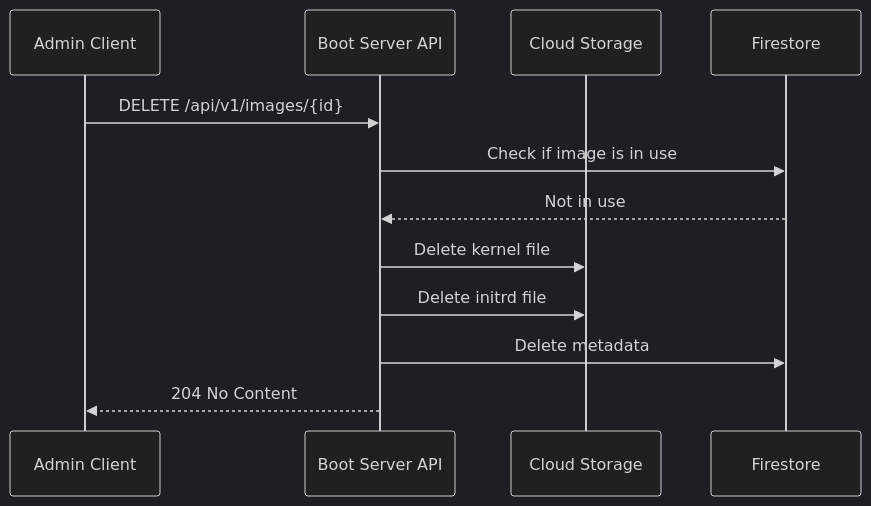
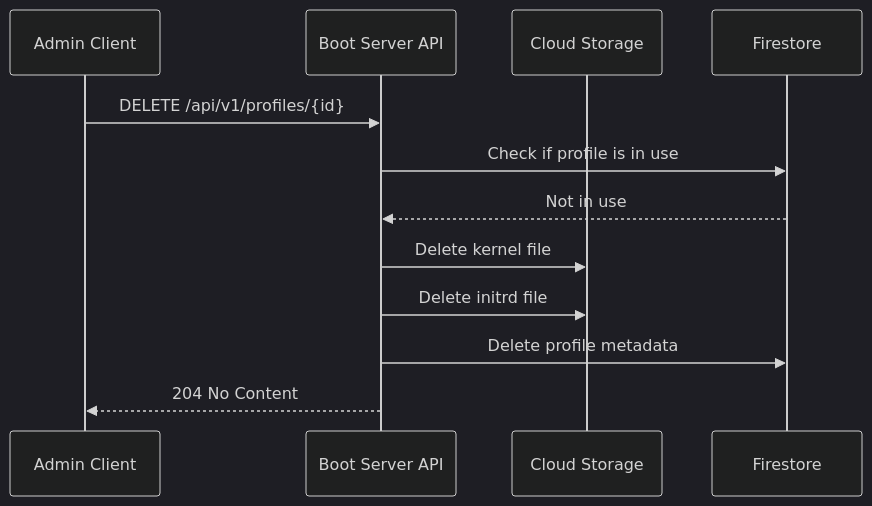
One commit to Zaba505/infra changed the sixth of 12 diagrams in docs/content/r&d/services/boot/admin-api.md. Above: the diagram before and after it, drawn with Mermaid (dark theme). The commit also changed other lines of this file, not shown here.

Commit message:
docs(issue-605): simplify admin api

````diff
--- a/docs/content/r&d/services/boot/admin-api.md
+++ b/docs/content/r&d/services/boot/admin-api.md
@@ -265,15 +355,15 @@
 ```mermaid
 sequenceDiagram
     participant Client as Admin Client
     participant API as Boot Server API
     participant Storage as Cloud Storage
     participant DB as Firestore
     
-    Client->>API: DELETE /api/v1/images/{id}
-    API->>DB: Check if image is in use
+    Client->>API: DELETE /api/v1/profiles/{id}
+    API->>DB: Check if profile is in use
     DB-->>API: Not in use
     API->>Storage: Delete kernel file
     API->>Storage: Delete initrd file
-    API->>DB: Delete metadata
+    API->>DB: Delete profile metadata
     API-->>Client: 204 No Content
 ```
````
